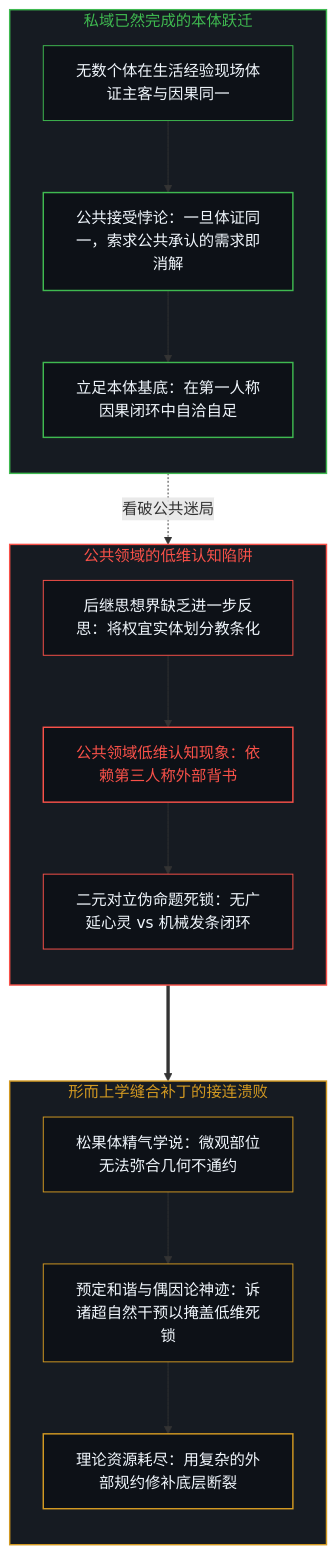
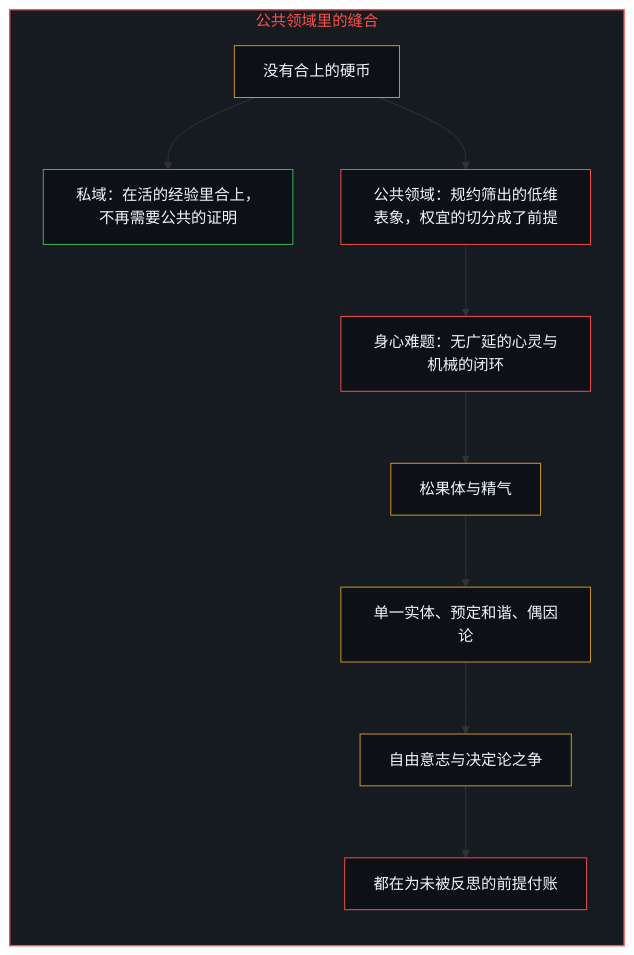
The fifth of 10 diagrams in content/posts/the-cartesian-overstep-and-the-frenzy-of-creation.md (powerpig99/not-a-toe), drawn with Mermaid before and after one commit. The commit also changed other lines of this file and 2 other files, not shown here.

Commit message:
Refine the-cartesian-overstep-and-the-frenzy-of-creation: alternating bilingual layout, five paired diagrams, the chain of choices in place of claims about a machine's inside, implicit first person

````diff
--- a/content/posts/the-cartesian-overstep-and-the-frenzy-of-creation.md
+++ b/content/posts/the-cartesian-overstep-and-the-frenzy-of-creation.md
@@ -182,36 +155,31 @@
 ```mermaid
-graph TD
-    subgraph S_PublicTheatre ["公共领域的低维认知陷阱"]
+flowchart TD
+    subgraph S_Patch["公共领域里的缝合"]
         direction TB
-        PUB_Inertia["后继思想界缺乏进一步反思：将权宜实体划分教条化"] --> PUB_LowDim["公共领域低维认知现象：依赖第三人称外部背书"]
-        PUB_LowDim --> PUB_Dilemma["二元对立伪命题死锁：无广延心灵 vs 机械发条闭环"]
+        Coin["没有合上的硬币"]
+        Private["私域：在活的经验里合上，不再需要公共的证明"]
+        Public["公共领域：规约筛出的低维表象，权宜的切分成了前提"]
+        Dilemma["身心难题：无广延的心灵与机械的闭环"]
+        Pineal["松果体与精气"]
+        Harmony["单一实体、预定和谐、偶因论"]
+        Will["自由意志与决定论之争"]
+        Bill["都在为未被反思的前提付账"]
+        Coin --> Private
+        Coin --> Public
+        Public --> Dilemma
+        Dilemma --> Pineal
+        Pineal --> Harmony
+        Harmony --> Will
+        Will --> Bill
     end
 
-    subgraph S_PrivateLeap ["私域已然完成的本体跃迁"]
-        direction TB
-        PRI_Coin["无数个体在生活经验现场体证主客与因果同一"] --> PRI_Paradox["公共接受悖论：一旦体证同一，索求公共承认的需求即消解"]
-        PRI_Paradox --> PRI_Ground["立足本体基底：在第一人称因果闭环中自洽自足"]
-    end
-
-    subgraph S_PatchFailures ["形而上学缝合补丁的接连溃败"]
-        direction TB
-        P_Pineal["松果体精气学说：微观部位无法弥合几何不通约"] --> P_Harmony["预定和谐与偶因论神迹：诉诸超自然干预以掩盖低维死锁"]
-        P_Harmony --> P_Exhaustion["理论资源耗尽：用复杂的外部规约修补底层断裂"]
-    end
-
-    PUB_Dilemma ===> P_Pineal
-    PRI_Ground -.->|"看破公共迷局"| PUB_LowDim
-
-    style S_PublicTheatre fill:#161b22,stroke:#f85149,stroke-width:1.5px,color:#f85149
-    style S_PrivateLeap fill:#161b22,stroke:#3fb950,stroke-width:1.5px,color:#3fb950
-    style S_PatchFailures fill:#161b22,stroke:#d29922,stroke-width:1.5px,color:#d29922
-    style PUB_Inertia fill:#0d1117,stroke:#f85149,stroke-width:1px,color:#f0f6fc
-    style PUB_LowDim fill:#0d1117,stroke:#f85149,stroke-width:1.5px,color:#f85149
-    style PUB_Dilemma fill:#0d1117,stroke:#f85149,stroke-width:1px,color:#f0f6fc
-    style PRI_Coin fill:#0d1117,stroke:#3fb950,stroke-width:1px,color:#f0f6fc
-    style PRI_Paradox fill:#0d1117,stroke:#3fb950,stroke-width:1.5px,color:#f0f6fc
-    style PRI_Ground fill:#0d1117,stroke:#3fb950,stroke-width:1.5px,color:#f0f6fc
-    style P_Pineal fill:#0d1117,stroke:#d29922,stroke-width:1px,color:#f0f6fc
-    style P_Harmony fill:#0d1117,stroke:#d29922,stroke-width:1px,color:#f0f6fc
-    style P_Exhaustion fill:#0d1117,stroke:#d29922,stroke-width:1.5px,color:#f0f6fc
+    style S_Patch fill:#161b22,stroke:#f85149,stroke-width:1.5px,color:#f85149
+    style Coin fill:#0d1117,stroke:#d29922,stroke-width:1px,color:#f0f6fc
+    style Private fill:#0d1117,stroke:#3fb950,stroke-width:1px,color:#f0f6fc
+    style Public fill:#0d1117,stroke:#f85149,stroke-width:1px,color:#f0f6fc
+    style Dilemma fill:#0d1117,stroke:#f85149,stroke-width:1px,color:#f0f6fc
+    style Pineal fill:#0d1117,stroke:#d29922,stroke-width:1px,color:#f0f6fc
+    style Harmony fill:#0d1117,stroke:#d29922,stroke-width:1px,color:#f0f6fc
+    style Will fill:#0d1117,stroke:#d29922,stroke-width:1px,color:#f0f6fc
+    style Bill fill:#0d1117,stroke:#f85149,stroke-width:1px,color:#f0f6fc
 ```
````
